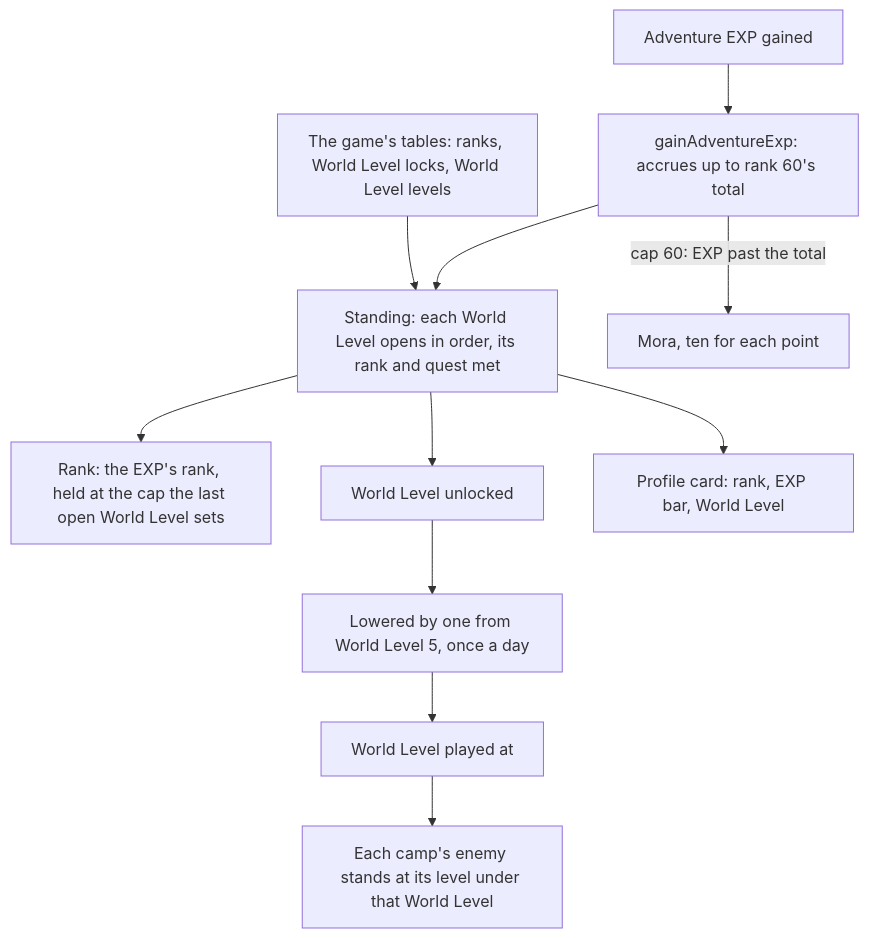
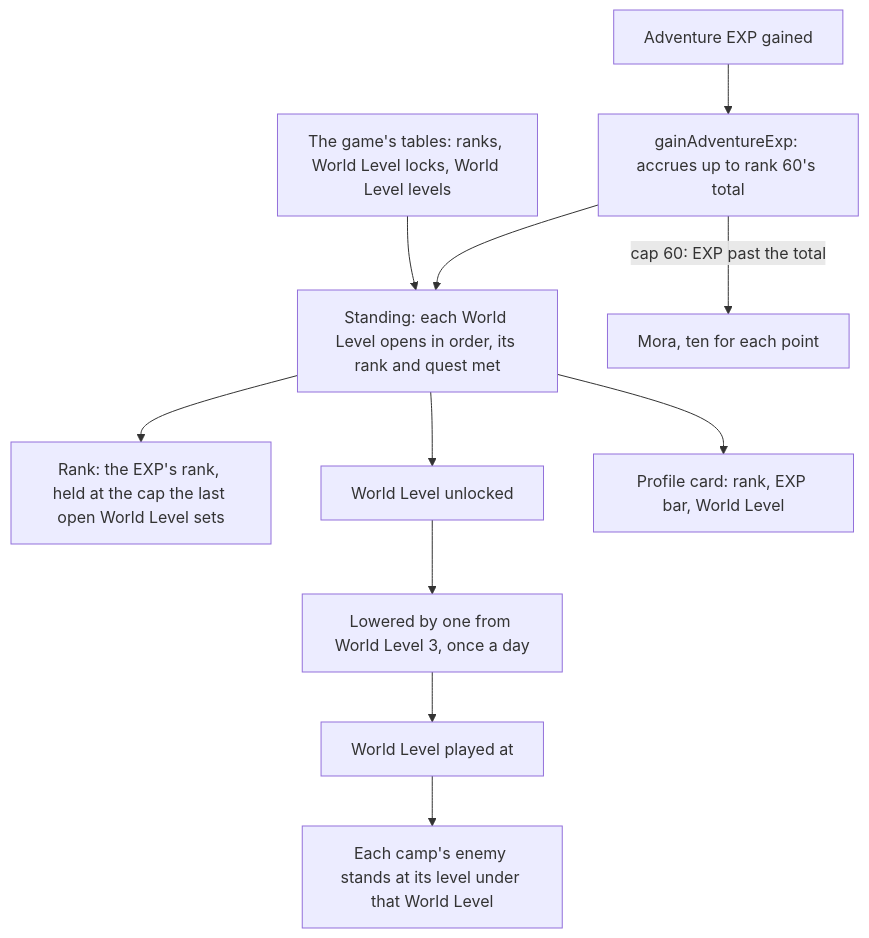
Before and after one commit to Esposter/Esposter: the diagram in openspec/specs/genshin/adventure-rank/design.md, drawn with Mermaid. The commit also changed other lines of this file and 1 other file, not shown here.

First line of the commit message:
docs(genshin): adventure-rank builds the lowering from World Level 3, the TextMap threshold

````diff
--- a/openspec/specs/genshin/adventure-rank/design.md
+++ b/openspec/specs/genshin/adventure-rank/design.md
@@ -7,13 +7,13 @@
 ```mermaid
 flowchart TD
   T["The game's tables: ranks, World Level locks, World Level levels"] --> ST["Standing: each World Level opens in order, its rank and quest met"]
   E["Adventure EXP gained"] --> G["gainAdventureExp: accrues up to rank 60's total"]
   G --> ST
   ST --> R["Rank: the EXP's rank, held at the cap the last open World Level sets"]
   ST --> WL["World Level unlocked"]
   ST --> CARD["Profile card: rank, EXP bar, World Level"]
-  WL --> L["Lowered by one from World Level 5, once a day"]
+  WL --> L["Lowered by one from World Level 3, once a day"]
   L --> W["World Level played at"]
   W --> S["Each camp's enemy stands at its level under that World Level"]
   G -->|"cap 60: EXP past the total"| M["Mora, ten for each point"]
 ```
````
